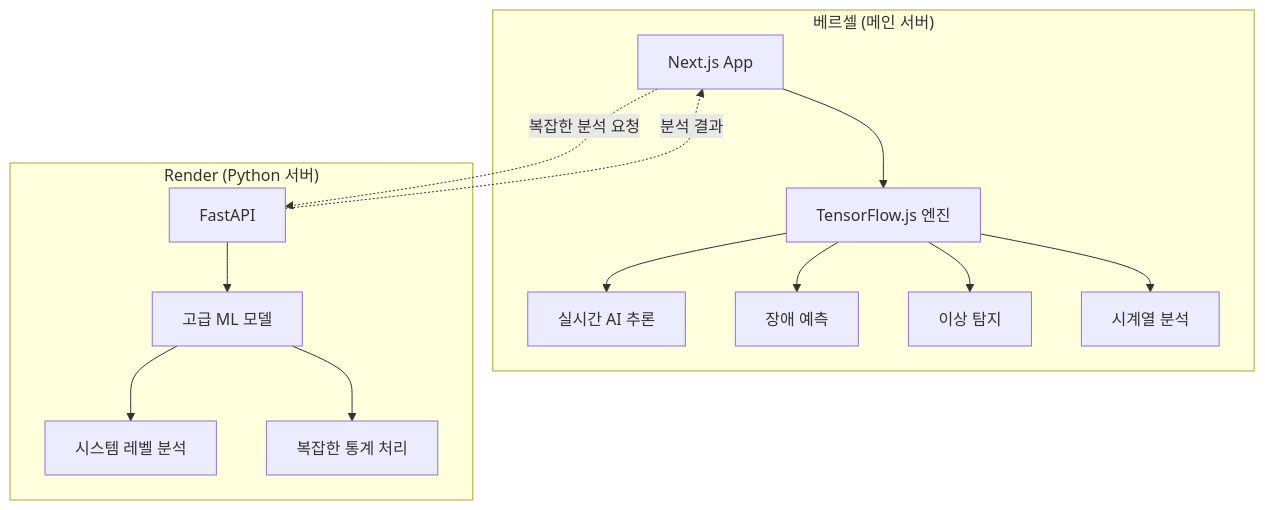
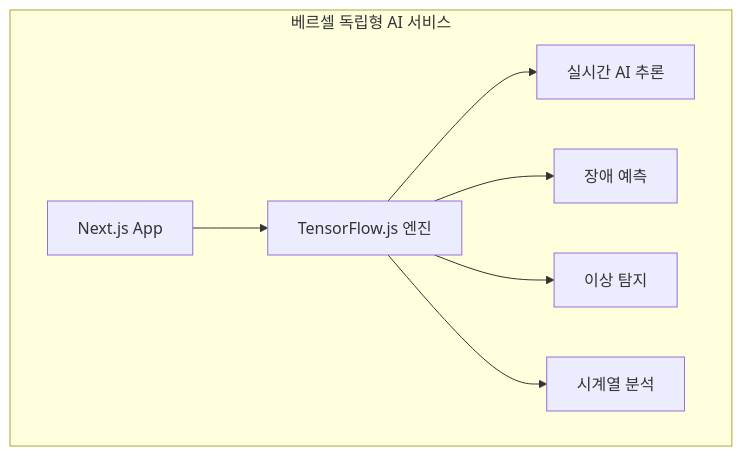
Before and after one commit to skyasu2/openmanager-vibe-v5: the first of 2 diagrams in docs/AI_ARCHITECTURE_OPTIMIZATION.md, drawn with Mermaid. The commit also changed other lines of this file and 2 other files, not shown here.

Commit message:
docs: update architecture for vercel

````diff
--- a/docs/AI_ARCHITECTURE_OPTIMIZATION.md
+++ b/docs/AI_ARCHITECTURE_OPTIMIZATION.md
@@ -7,19 +7,10 @@
 ```mermaid
 graph TB
-    subgraph "베르셀 (메인 서버)"
+    subgraph "베르셀 독립형 AI 서비스"
         A[Next.js App] --> B[TensorFlow.js 엔진]
         B --> C[실시간 AI 추론]
         B --> D[장애 예측]
         B --> E[이상 탐지]
         B --> F[시계열 분석]
     end
-    
-    subgraph "Render (Python 서버)"
-        G[FastAPI] --> H[고급 ML 모델]
-        H --> I[시스템 레벨 분석]
-        H --> J[복잡한 통계 처리]
-    end
-    
-    A -.->|복잡한 분석 요청| G
-    G -.->|분석 결과| A
 ```
````
